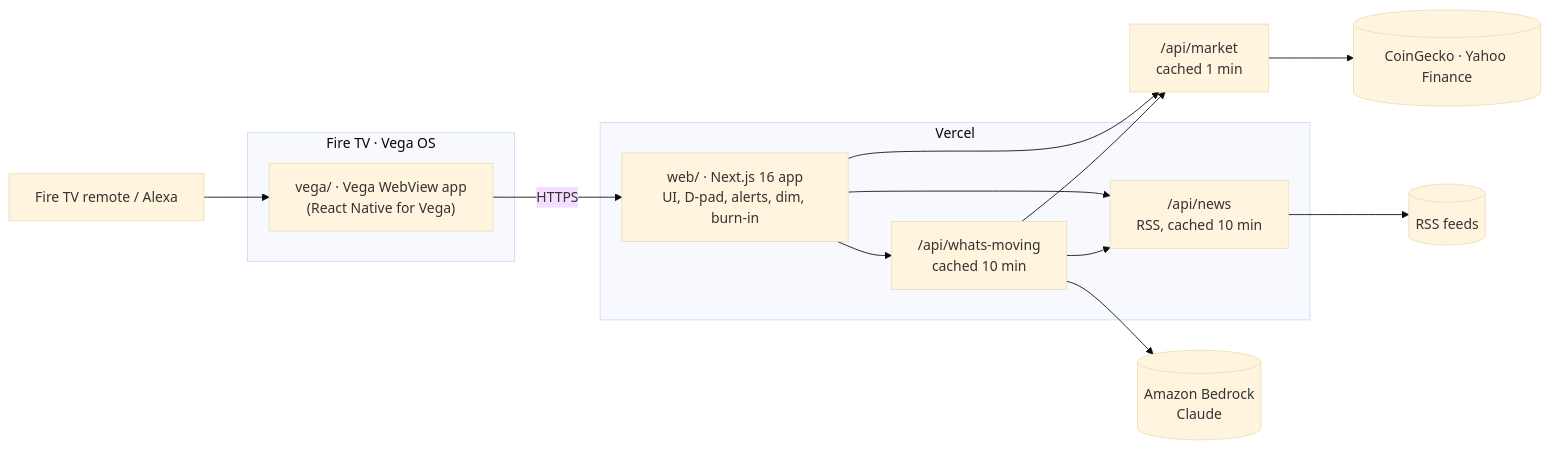
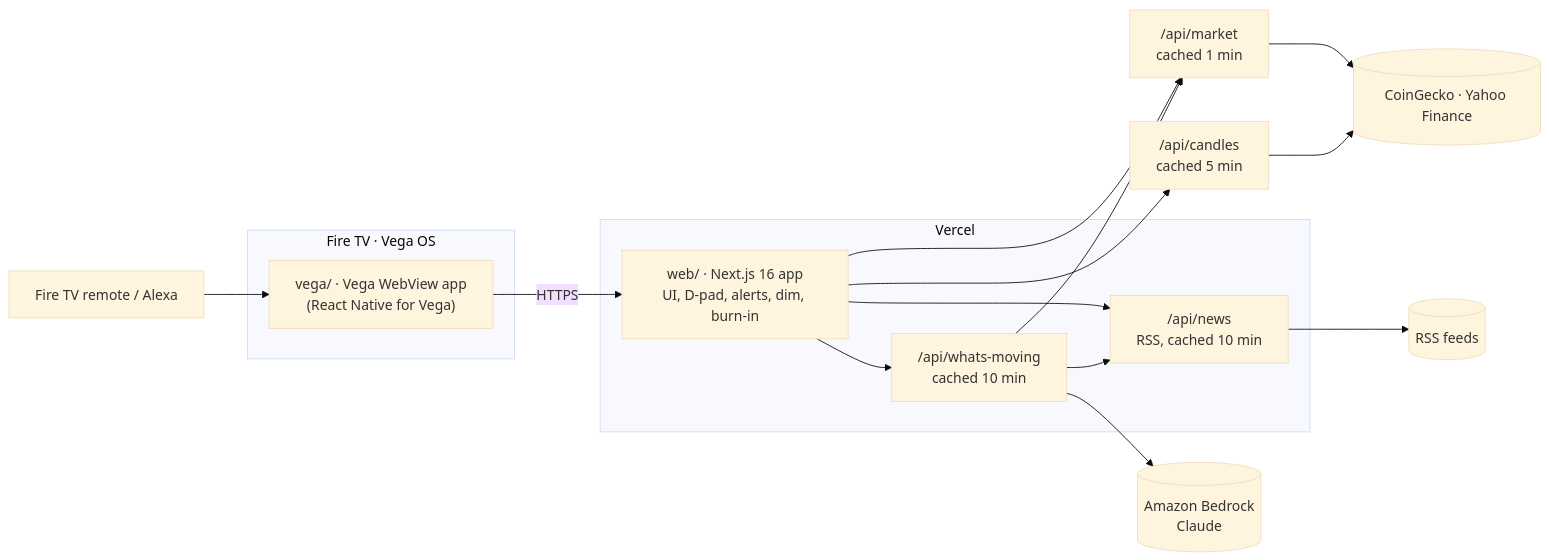
Before and after one commit to rosasmar/charts-tv: the diagram in README.md, drawn with Mermaid (base theme). The commit also changed other lines of this file and 9 other files, not shown here.

First line of the commit message:
Add a live candlestick chart to the chart panel (#4)

````diff
--- a/README.md
+++ b/README.md
@@ -34,18 +35,19 @@
 ```mermaid
 flowchart LR
   remote[Fire TV remote / Alexa] --> vega
   subgraph TV[Fire TV · Vega OS]
     vega["vega/ · Vega WebView app<br/>(React Native for Vega)"]
   end
   vega -- HTTPS --> web
   subgraph Vercel
     web["web/ · Next.js 16 app<br/>UI, D-pad, alerts, dim, burn-in"]
     news["/api/news<br/>RSS, cached 10 min"]
     wm["/api/whats-moving<br/>cached 10 min"]
   end
   web --> market["/api/market<br/>cached 1 min"] --> prices[(CoinGecko · Yahoo Finance)]
+  web --> candles["/api/candles<br/>cached 5 min"] --> prices
   web --> news --> feeds[(RSS feeds)]
   web --> wm --> bedrock[(Amazon Bedrock<br/>Claude)]
   wm --> news
   wm --> market
 ```
````
